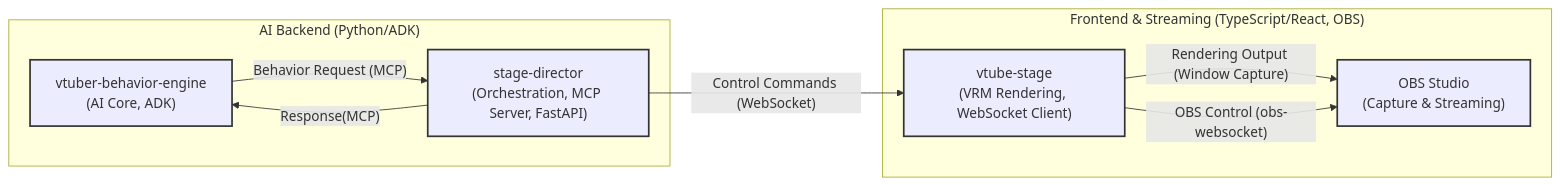
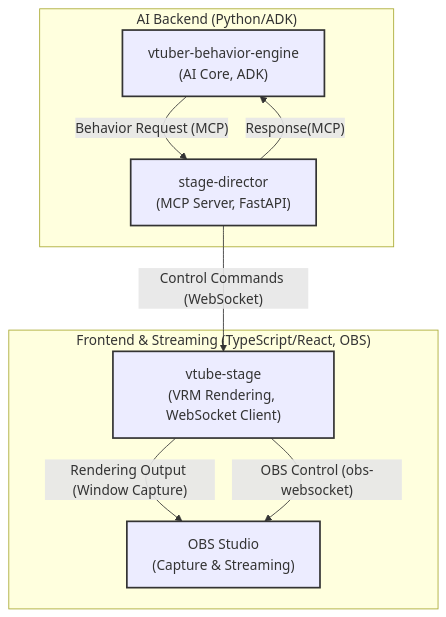
Before and after one commit to LongbowXXX/ai-tuber: the diagram in README.md, drawn with Mermaid. The commit also changed other lines of this file, not shown here.

````diff
--- a/README.md
+++ b/README.md
@@ -9,23 +9,23 @@
 ```mermaid
-graph LR
+graph TB
     subgraph "AI Backend (Python/ADK)"
-        VBE["vtuber-behavior-engine\n(AI Core, ADK)"]
-        SD["stage-director\n(Orchestration, MCP Server, FastAPI)"]
+        VBE["vtuber-behavior-engine<br>(AI Core, ADK)"]
+        SD["stage-director<br>(MCP Server, FastAPI)"]
     end
 
     subgraph "Frontend & Streaming (TypeScript/React, OBS)"
-        VS["vtube-stage\n(VRM Rendering, WebSocket Client)"]
-        OBS["OBS Studio\n(Capture & Streaming)"]
+        VS["vtube-stage<br>(VRM Rendering, WebSocket Client)"]
+        OBS["OBS Studio<br>(Capture & Streaming)"]
     end
 
     SD -- "Response(MCP)" --> VBE
     VBE -- "Behavior Request (MCP)" --> SD
     SD -- "Control Commands (WebSocket)" --> VS
     VS -- "Rendering Output (Window Capture)" --> OBS
     VS -- "OBS Control (obs-websocket)" --> OBS
 
     style VBE stroke:#333,stroke-width:2px
     style SD stroke:#333,stroke-width:2px
     style VS stroke:#333,stroke-width:2px
     style OBS stroke:#333,stroke-width:2px
 ```
````
